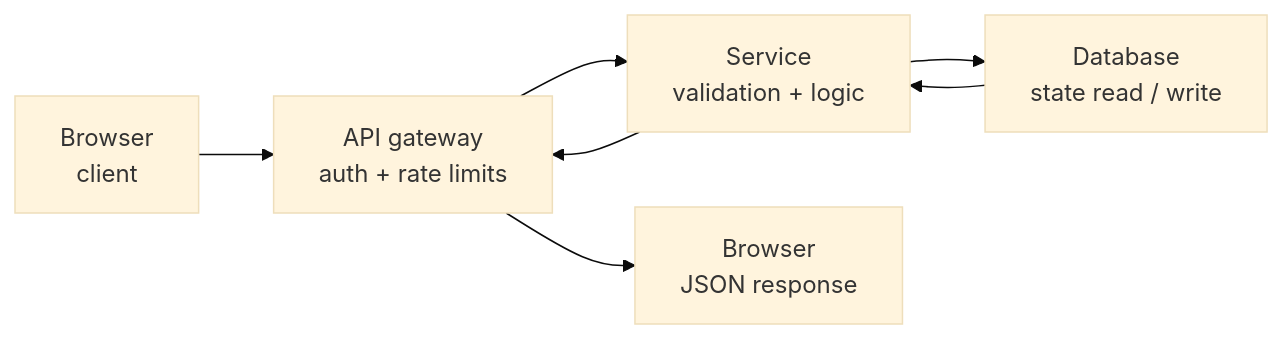
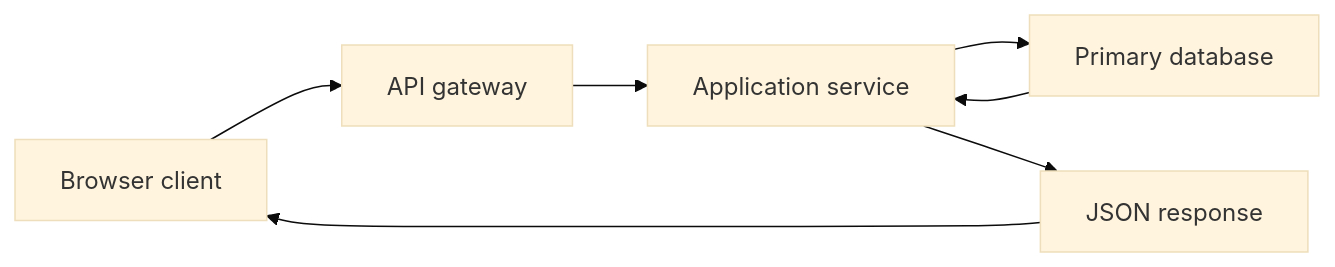
Before and after one commit to kappa9999/codex-render-visuals: the diagram in examples/api-request-lifecycle.mmd, drawn with Mermaid (base theme). The commit also changed 20 other files, not shown here.

```diff
--- a/examples/api-request-lifecycle.mmd
+++ b/examples/api-request-lifecycle.mmd
@@ -1,7 +1,7 @@
 flowchart LR
-  browser["Browser<br/>client"] --> gateway["API gateway<br/>auth + rate limits"]
-  gateway --> service["Service<br/>validation + logic"]
-  service --> database["Database<br/>state read / write"]
+  browser["Browser client"] --> gateway["API gateway"]
+  gateway --> service["Application service"]
+  service --> database["Primary database"]
   database --> service
-  service --> gateway
-  gateway --> browser_response["Browser<br/>JSON response"]
+  service --> response["JSON response"]
+  response --> browser
```
